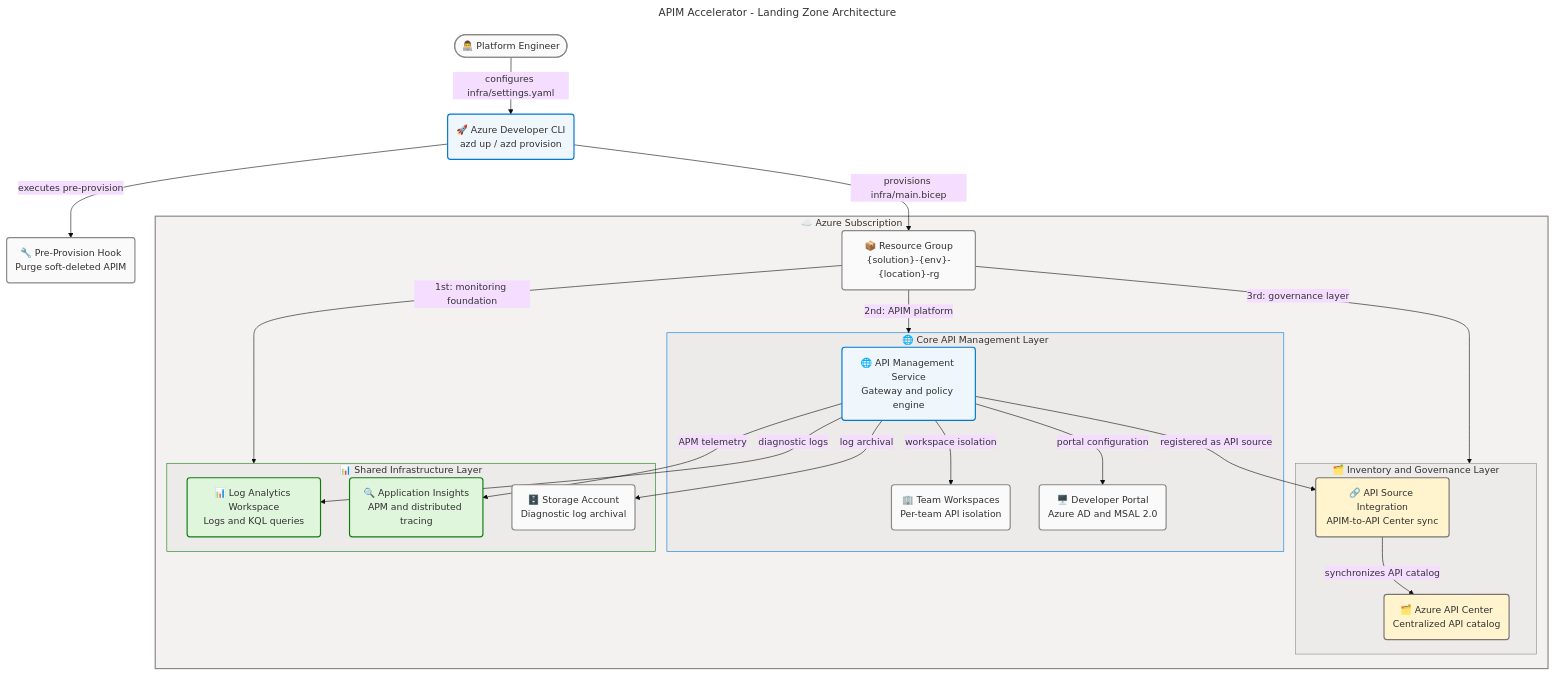
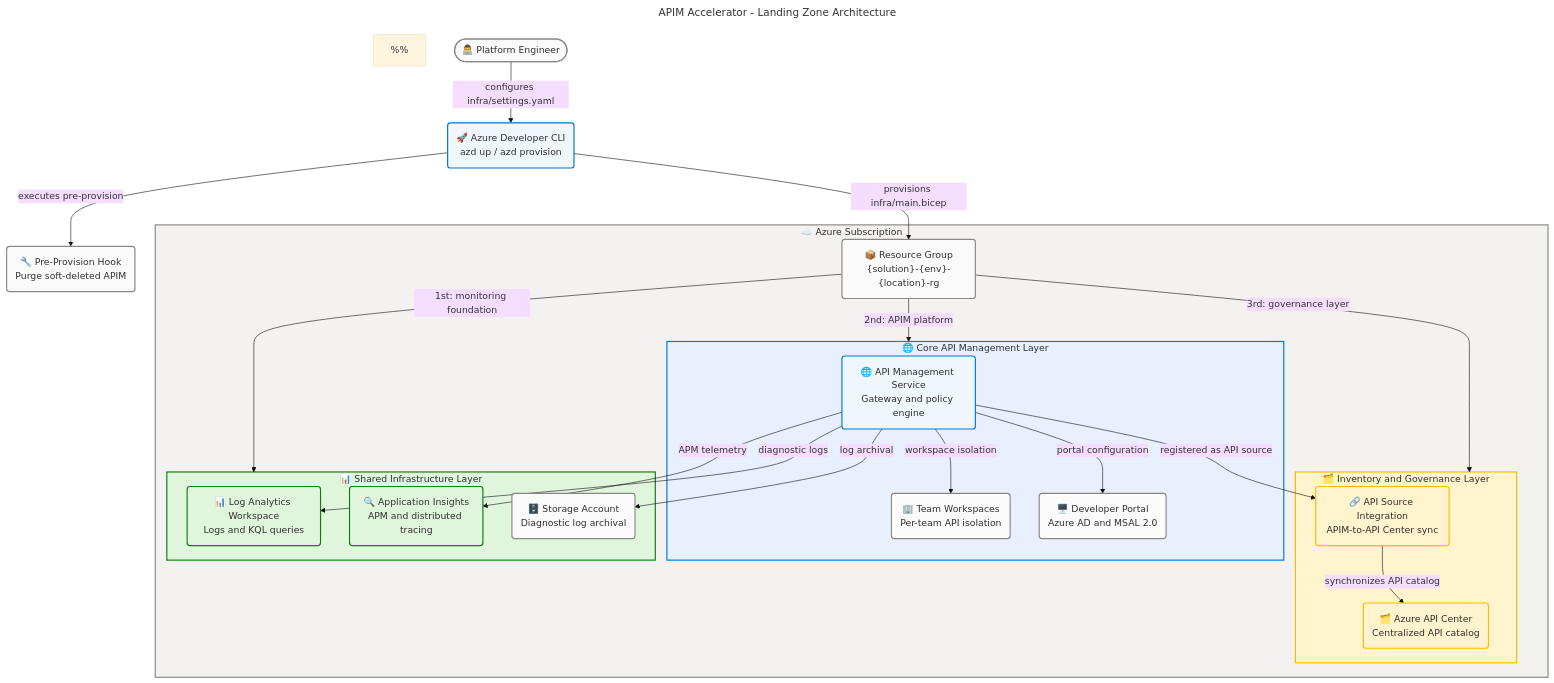
One commit to Evilazaro/APIM-Accelerator changed the diagram in README.md. Above: the diagram before and after it, drawn with Mermaid.

Commit message:
Enhance flowchart in README.md for improved accessibility and clarity, including updated descriptions and color coding for better semantic representation.

````diff
--- a/README.md
+++ b/README.md
@@ -64,76 +64,76 @@
 ```mermaid
 ---
 title: "APIM Accelerator - Landing Zone Architecture"
 config:
   theme: base
   look: classic
   layout: dagre
   themeVariables:
     fontSize: '16px'
   flowchart:
     htmlLabels: true
 ---
 flowchart TB
     accTitle: APIM Accelerator Landing Zone Architecture
-    accDescr: Modular Azure API Management landing zone showing deployment flow from Platform Engineer through Azure Developer CLI and a pre-provision hook to three layers in an Azure subscription. Layer 1 shared monitoring contains Log Analytics Workspace, Application Insights, and Storage Account. Layer 2 core platform contains API Management Service, Team Workspaces, and Developer Portal. Layer 3 inventory contains API Center and API Source Integration. WCAG AA compliant using Fluent UI color palette.
+    accDescr: Modular Azure API Management landing zone showing deployment flow from Platform Engineer through Azure Developer CLI and a pre-provision hook to three layers in an Azure subscription. Engineer=neutral, AzdCli=core, PreHook=neutral, RG=neutral, LAW=success, AppIns=success, StorAcc=neutral, APIMSvc=core, TeamWsp=neutral, DevPort=neutral, ApiCtr=warning, ApiSrc=warning. WCAG AA compliant.
 
-    %% =======================================================================
+    %%
     %% AZURE / FLUENT ARCHITECTURE PATTERN v2.0
     %% (Semantic + Structural + Font + Accessibility Governance)
-    %% =======================================================================
+    %%
     %% PHASE 1 - FLUENT UI: All styling uses approved Fluent UI palette only
     %% PHASE 2 - GROUPS: Every subgraph has semantic color via style directive
     %% PHASE 3 - COMPONENTS: Every node has semantic classDef + icon prefix
     %% PHASE 4 - ACCESSIBILITY: accTitle/accDescr present, WCAG AA contrast
     %% PHASE 5 - STANDARD: Governance block present, classDefs centralized
-    %% =======================================================================
+    %%
 
     Engineer(["👨‍💻 Platform Engineer"]):::neutral
     AzdCli("🚀 Azure Developer CLI\nazd up / azd provision"):::core
     PreHook("🔧 Pre-Provision Hook\nPurge soft-deleted APIM"):::neutral
 
     subgraph AzSub ["☁️ Azure Subscription"]
         RG("📦 Resource Group\n{solution}-{env}-{location}-rg"):::neutral
 
         subgraph SharedLayer ["📊 Shared Infrastructure Layer"]
             LAW("📊 Log Analytics Workspace\nLogs and KQL queries"):::success
             AppIns("🔍 Application Insights\nAPM and distributed tracing"):::success
             StorAcc("🗄️ Storage Account\nDiagnostic log archival"):::neutral
         end
 
         subgraph CoreLayer ["🌐 Core API Management Layer"]
             APIMSvc("🌐 API Management Service\nGateway and policy engine"):::core
             TeamWsp("🏢 Team Workspaces\nPer-team API isolation"):::neutral
             DevPort("🖥️ Developer Portal\nAzure AD and MSAL 2.0"):::neutral
         end
 
         subgraph InvLayer ["🗂️ Inventory and Governance Layer"]
             ApiCtr("🗂️ Azure API Center\nCentralized API catalog"):::warning
             ApiSrc("🔗 API Source Integration\nAPIM-to-API Center sync"):::warning
         end
     end
 
     Engineer -- "configures infra/settings.yaml" --> AzdCli
     AzdCli -- "executes pre-provision" --> PreHook
     AzdCli -- "provisions infra/main.bicep" --> RG
     RG -- "1st: monitoring foundation" --> SharedLayer
     RG -- "2nd: APIM platform" --> CoreLayer
     RG -- "3rd: governance layer" --> InvLayer
     APIMSvc -- "APM telemetry" --> AppIns
     APIMSvc -- "diagnostic logs" --> LAW
     APIMSvc -- "log archival" --> StorAcc
     APIMSvc -- "workspace isolation" --> TeamWsp
     APIMSvc -- "portal configuration" --> DevPort
     APIMSvc -- "registered as API source" --> ApiSrc
     ApiSrc -- "synchronizes API catalog" --> ApiCtr
 
-    style AzSub fill:#F3F2F1,stroke:#8A8886,stroke-width:2px,color:#323130
-    style SharedLayer fill:#EDEBE9,stroke:#107C10,stroke-width:1px,color:#323130
-    style CoreLayer fill:#EDEBE9,stroke:#0078D4,stroke-width:1px,color:#323130
-    style InvLayer fill:#EDEBE9,stroke:#8A8886,stroke-width:1px,color:#323130
-
     classDef core fill:#EFF6FC,stroke:#0078D4,stroke-width:2px,color:#323130
     classDef success fill:#DFF6DD,stroke:#107C10,stroke-width:2px,color:#323130
     classDef neutral fill:#FAFAFA,stroke:#8A8886,stroke-width:2px,color:#323130
-    classDef warning fill:#FFF4CE,stroke:#797673,stroke-width:2px,color:#323130
+    classDef warning fill:#FFF4CE,stroke:#FFB900,stroke-width:2px,color:#323130
+
+    style AzSub fill:#F3F2F1,stroke:#8A8886,stroke-width:2px,color:#323130
+    style SharedLayer fill:#DFF6DD,stroke:#107C10,stroke-width:2px,color:#323130
+    style CoreLayer fill:#E8F0FE,stroke:#0078D4,stroke-width:2px,color:#323130
+    style InvLayer fill:#FFF4CE,stroke:#FFB900,stroke-width:2px,color:#323130
 ```
````
